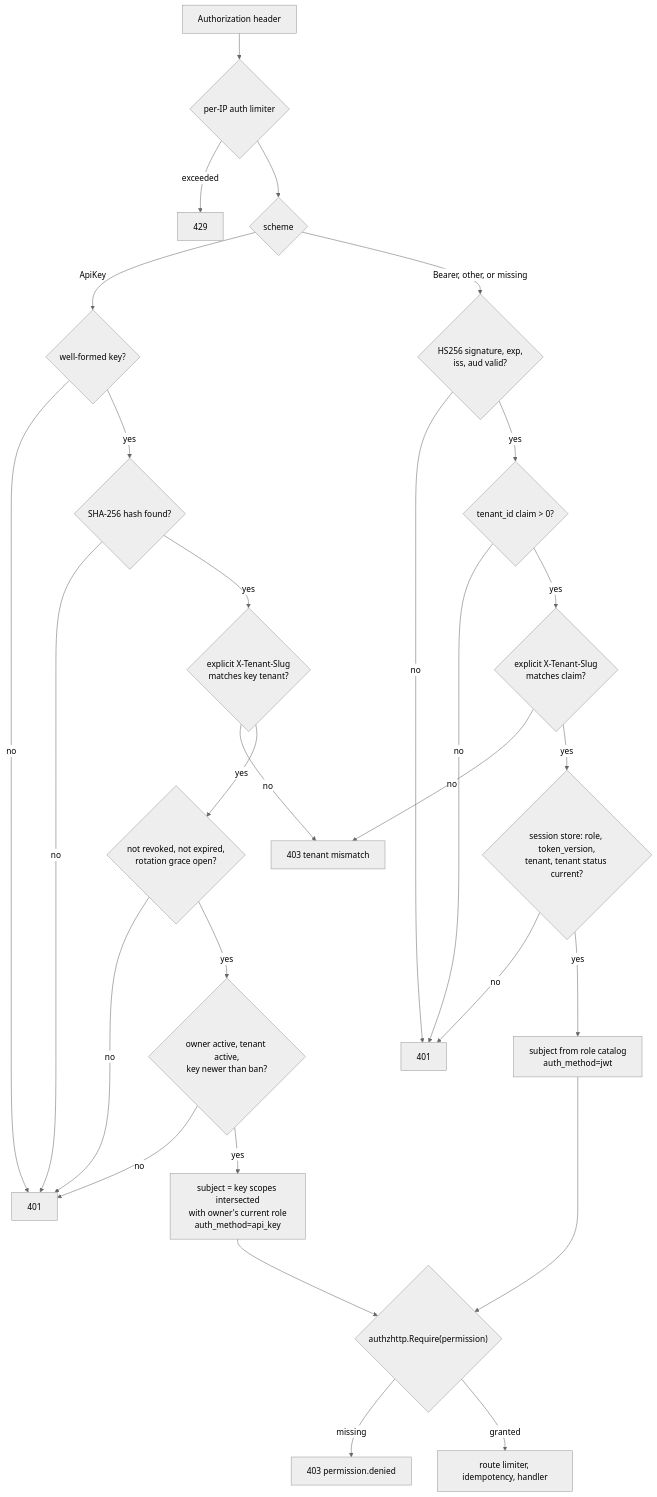
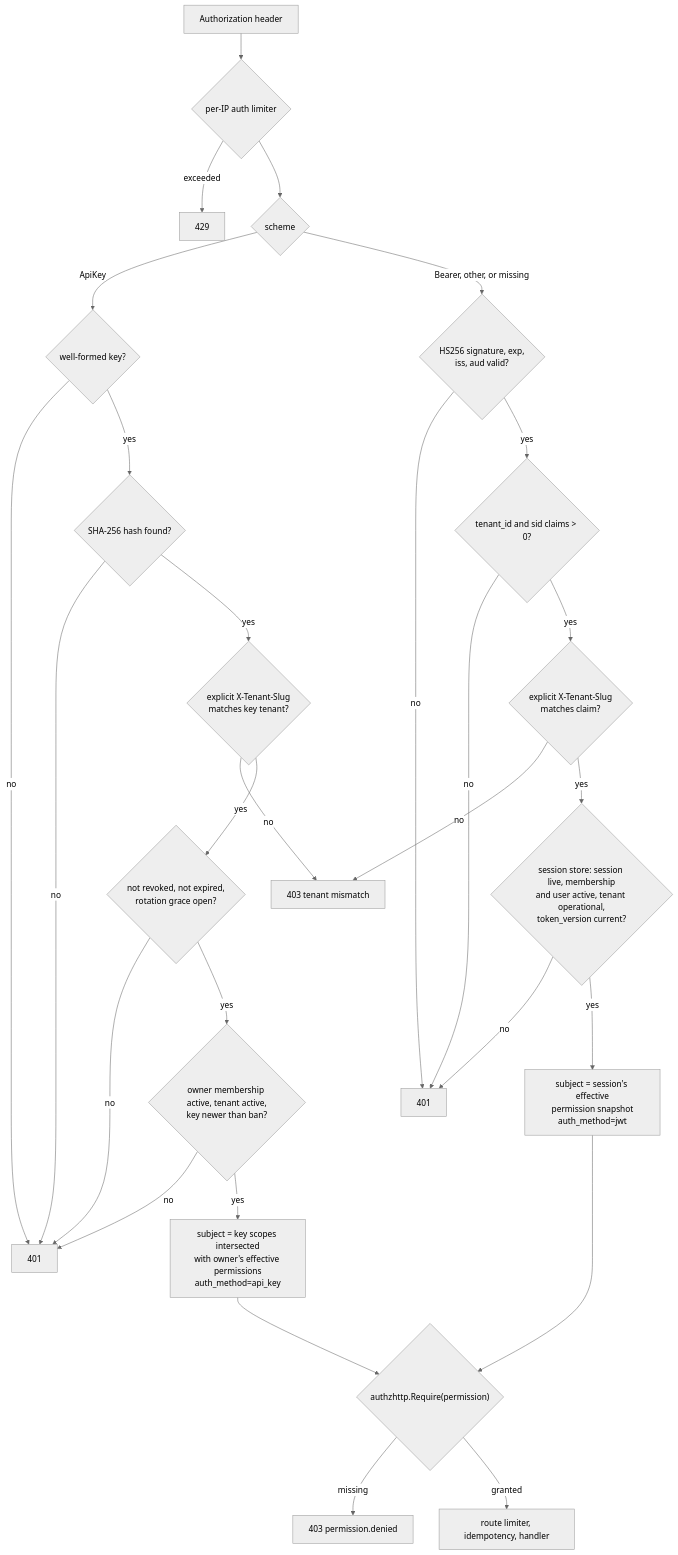
The third of 3 diagrams in docs/api-design.md (chuanghiduoc/fiber-golang-boilerplate), drawn with Mermaid (neutral theme) before and after one commit. The commit also changed other lines of this file and 388 other files, not shown here.

````diff
--- a/docs/api-design.md
+++ b/docs/api-design.md
@@ -179,30 +183,30 @@
 ```mermaid
 flowchart TD
     req["Authorization header"] --> lim{"per-IP auth limiter"}
     lim -->|exceeded| r429["429"]
     lim --> scheme{"scheme"}
     scheme -->|ApiKey| fmt{"well-formed key?"}
     scheme -->|"Bearer, other, or missing"| jwt{"HS256 signature, exp,<br/>iss, aud valid?"}
     fmt -->|no| r401a["401"]
     fmt -->|yes| hash{"SHA-256 hash found?"}
     hash -->|no| r401a
     hash -->|yes| khdr{"explicit X-Tenant-Slug<br/>matches key tenant?"}
     khdr -->|no| r403["403 tenant mismatch"]
     khdr -->|yes| kstate{"not revoked, not expired,<br/>rotation grace open?"}
     kstate -->|no| r401a
-    kstate -->|yes| owner{"owner active, tenant active,<br/>key newer than ban?"}
+    kstate -->|yes| owner{"owner membership active, tenant active,<br/>key newer than ban?"}
     owner -->|no| r401a
-    owner -->|yes| ksub["subject = key scopes intersected<br/>with owner's current role<br/>auth_method=api_key"]
+    owner -->|yes| ksub["subject = key scopes intersected<br/>with owner's effective permissions<br/>auth_method=api_key"]
     jwt -->|no| r401b["401"]
-    jwt -->|yes| claim{"tenant_id claim > 0?"}
+    jwt -->|yes| claim{"tenant_id and sid claims > 0?"}
     claim -->|no| r401b
     claim -->|yes| jhdr{"explicit X-Tenant-Slug<br/>matches claim?"}
     jhdr -->|no| r403
-    jhdr -->|yes| sess{"session store: role, token_version,<br/>tenant, tenant status current?"}
+    jhdr -->|yes| sess{"session store: session live, membership<br/>and user active, tenant operational,<br/>token_version current?"}
     sess -->|no| r401b
-    sess -->|yes| jsub["subject from role catalog<br/>auth_method=jwt"]
+    sess -->|yes| jsub["subject = session's effective<br/>permission snapshot<br/>auth_method=jwt"]
     ksub --> authz{"authzhttp.Require(permission)"}
     jsub --> authz
     authz -->|missing| d403["403 permission.denied"]
     authz -->|granted| next["route limiter, idempotency, handler"]
 ```
````
